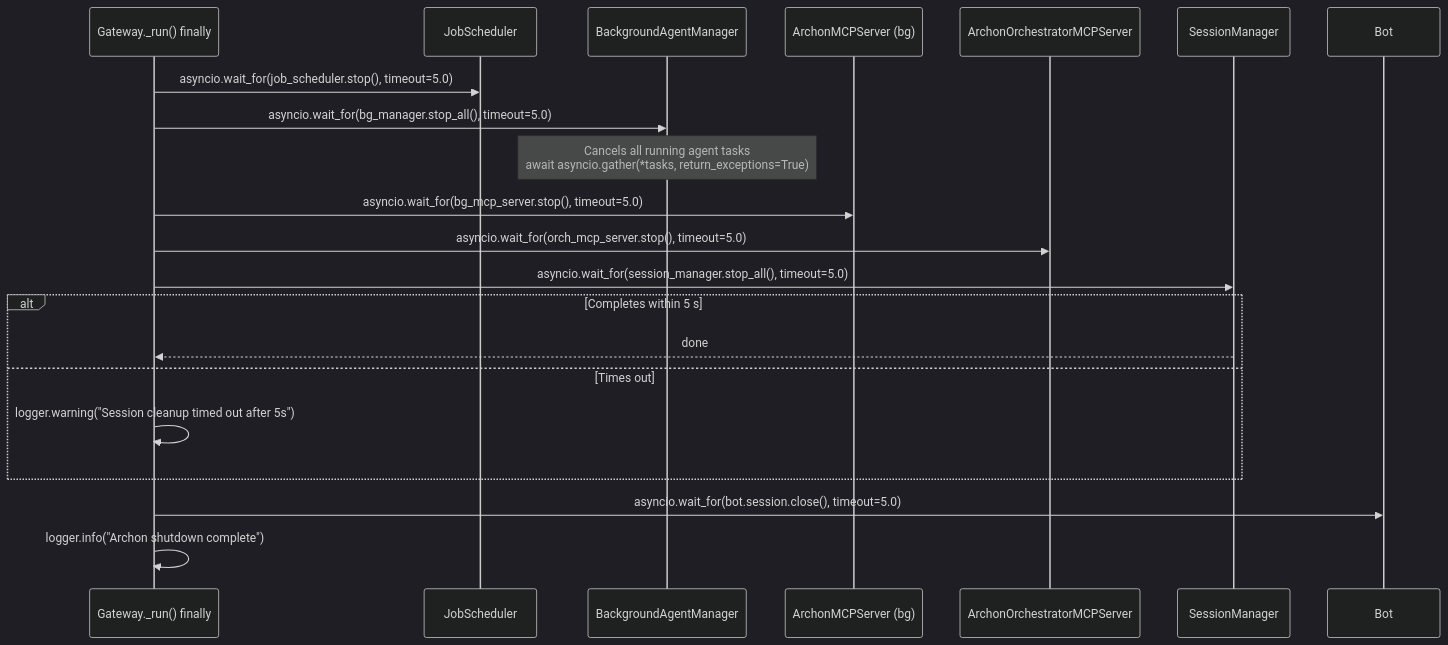
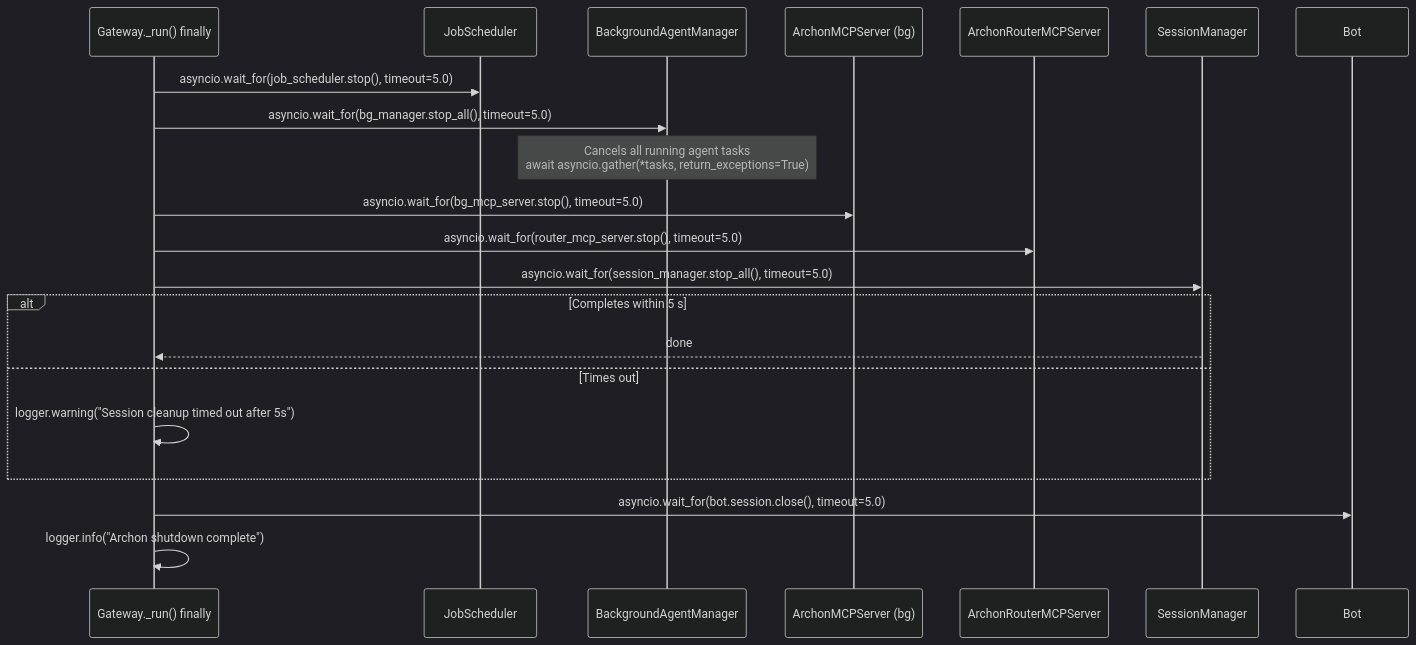
Before and after one commit to user538295/archon-assistant: the second of 2 diagrams in Documentation/Architecture/140_error_handling_strategy.md, drawn with Mermaid (dark theme). The commit also changed other lines of this file and 34 other files, not shown here.

First line of the commit message:
refactor: rename orch → router across codebase (epic 12 task 0.1)

````diff
--- a/Documentation/Architecture/140_error_handling_strategy.md
+++ b/Documentation/Architecture/140_error_handling_strategy.md
@@ -243,24 +243,24 @@
 ```mermaid
 sequenceDiagram
     participant G as Gateway._run() finally
     participant CS as JobScheduler
     participant BM as BackgroundAgentManager
     participant MS as ArchonMCPServer (bg)
-    participant OS as ArchonOrchestratorMCPServer
+    participant OS as ArchonRouterMCPServer
     participant SM as SessionManager
     participant B as Bot
 
     G->>CS: asyncio.wait_for(job_scheduler.stop(), timeout=5.0)
     G->>BM: asyncio.wait_for(bg_manager.stop_all(), timeout=5.0)
     Note over BM: Cancels all running agent tasks<br/>await asyncio.gather(*tasks, return_exceptions=True)
     G->>MS: asyncio.wait_for(bg_mcp_server.stop(), timeout=5.0)
-    G->>OS: asyncio.wait_for(orch_mcp_server.stop(), timeout=5.0)
+    G->>OS: asyncio.wait_for(router_mcp_server.stop(), timeout=5.0)
     G->>SM: asyncio.wait_for(session_manager.stop_all(), timeout=5.0)
     alt Completes within 5 s
         SM-->>G: done
     else Times out
         G->>G: logger.warning("Session cleanup timed out after 5s")
     end
     G->>B: asyncio.wait_for(bot.session.close(), timeout=5.0)
     G->>G: logger.info("Archon shutdown complete")
 ```
````
